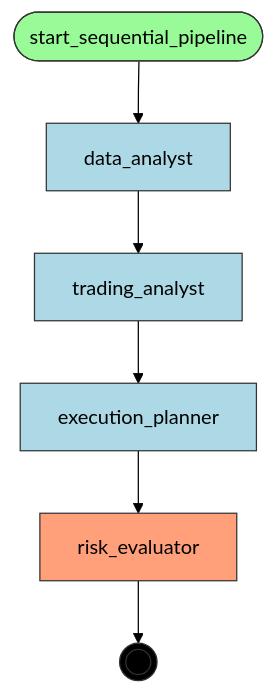
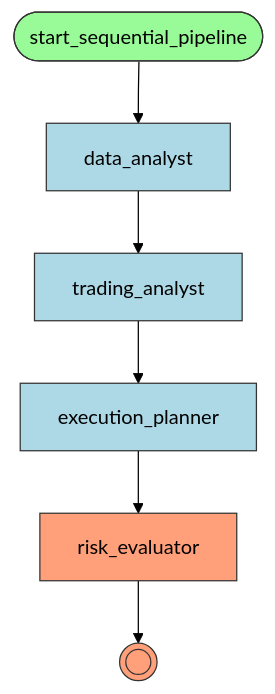
Before and after one commit to deliveryhero/asya: the diagram in examples/flows/agentic/compiled/sequential_pipeline/flow.mmd, drawn with Mermaid (forest theme). The commit also changed 918 other files, not shown here.

Commit message:
chore: recompile example flows with __end__ node and volume mounts

```diff
--- a/examples/flows/agentic/compiled/sequential_pipeline/flow.mmd
+++ b/examples/flows/agentic/compiled/sequential_pipeline/flow.mmd
@@ -1,25 +1,24 @@
 flowchart TD
     %% Flow: sequential_pipeline
 
     data_analyst[data_analyst]
     execution_planner[execution_planner]
     risk_evaluator[risk_evaluator]
     start_sequential_pipeline([start_sequential_pipeline])
     trading_analyst[trading_analyst]
     __end__((( )))
 
     start_sequential_pipeline --> data_analyst
     data_analyst --> trading_analyst
     trading_analyst --> execution_planner
     execution_planner --> risk_evaluator
     risk_evaluator --> __end__
 
     classDef start fill:#98FB98,stroke:#333
     classDef endnode fill:#FFA07A,stroke:#333
     classDef router fill:#F5DEB3,stroke:#333
     classDef handler fill:#ADD8E6,stroke:#333
     classDef endpoint fill:#000,stroke:#333,color:#fff
     class start_sequential_pipeline start
-    class risk_evaluator endnode
+    class risk_evaluator,__end__ endnode
     class data_analyst,execution_planner,trading_analyst handler
-    class __end__ endpoint
```
